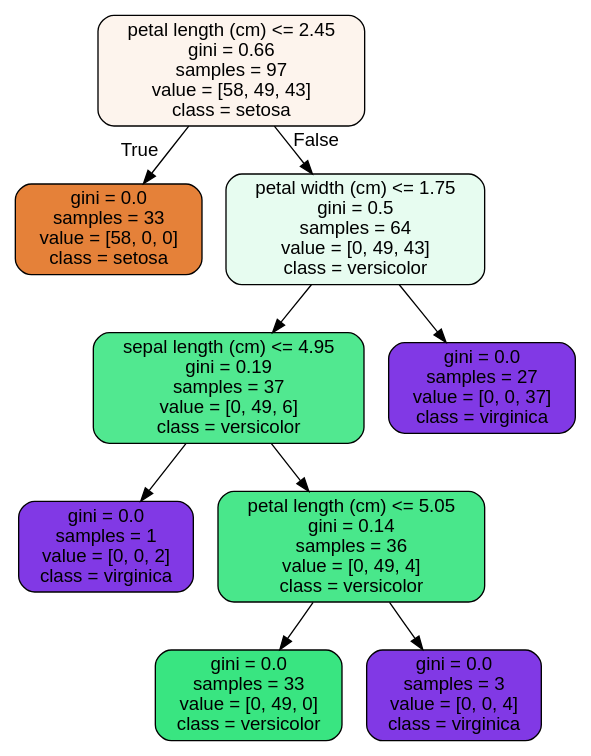
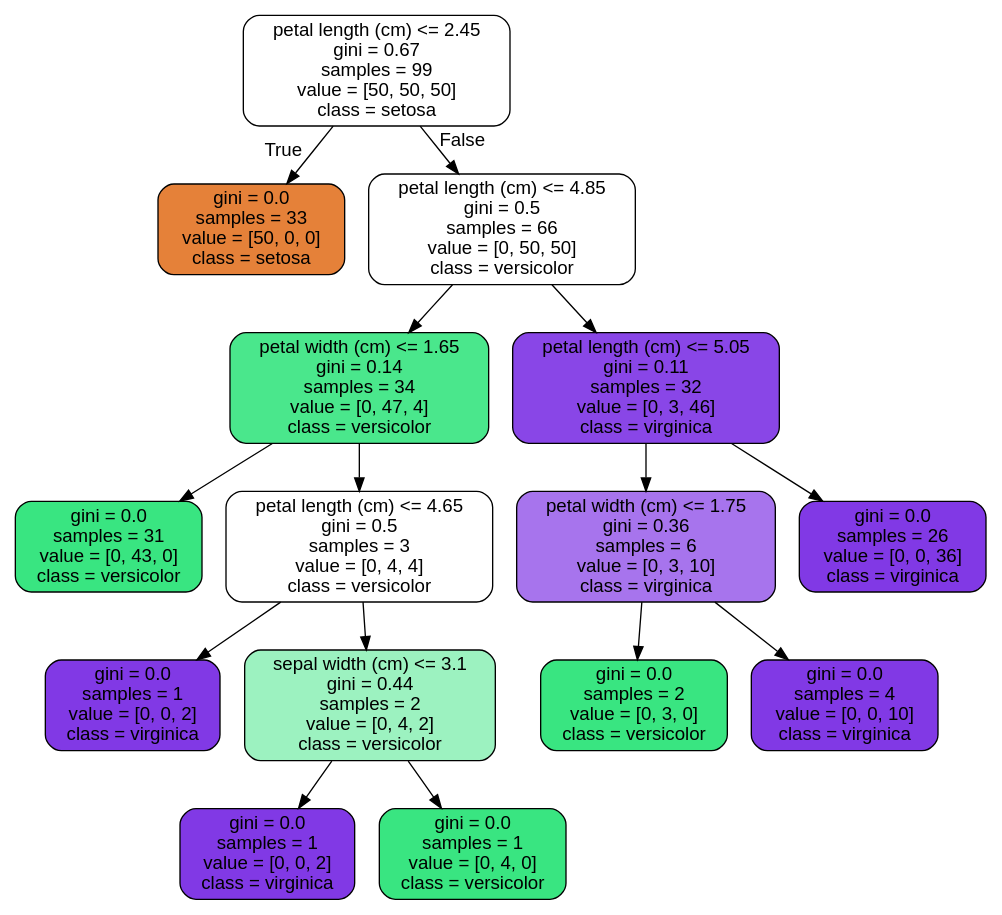
Before and after one commit to Kevin-Kwasnik/case-study--random-forest: the diagram in tree.dot, drawn with Graphviz. The commit also changed 2 other files, not shown here.

```diff
--- a/tree.dot
+++ b/tree.dot
@@ -1,21 +1,33 @@
 digraph Tree {
 node [shape=box, style="filled, rounded", color="black", fontname="helvetica"] ;
 edge [fontname="helvetica"] ;
-0 [label="petal length (cm) <= 2.45\ngini = 0.66\nsamples = 97\nvalue = [58, 49, 43]\nclass = setosa", fillcolor="#fdf4ed"] ;
-1 [label="gini = 0.0\nsamples = 33\nvalue = [58, 0, 0]\nclass = setosa", fillcolor="#e58139"] ;
+0 [label="petal length (cm) <= 2.45\ngini = 0.67\nsamples = 99\nvalue = [50, 50, 50]\nclass = setosa", fillcolor="#ffffff"] ;
+1 [label="gini = 0.0\nsamples = 33\nvalue = [50, 0, 0]\nclass = setosa", fillcolor="#e58139"] ;
 0 -> 1 [labeldistance=2.5, labelangle=45, headlabel="True"] ;
-2 [label="petal width (cm) <= 1.75\ngini = 0.5\nsamples = 64\nvalue = [0, 49, 43]\nclass = versicolor", fillcolor="#e7fcf0"] ;
+2 [label="petal length (cm) <= 4.85\ngini = 0.5\nsamples = 66\nvalue = [0, 50, 50]\nclass = versicolor", fillcolor="#ffffff"] ;
 0 -> 2 [labeldistance=2.5, labelangle=-45, headlabel="False"] ;
-3 [label="sepal length (cm) <= 4.95\ngini = 0.19\nsamples = 37\nvalue = [0, 49, 6]\nclass = versicolor", fillcolor="#51e890"] ;
+3 [label="petal width (cm) <= 1.65\ngini = 0.14\nsamples = 34\nvalue = [0, 47, 4]\nclass = versicolor", fillcolor="#4ae78c"] ;
 2 -> 3 ;
-4 [label="gini = 0.0\nsamples = 1\nvalue = [0, 0, 2]\nclass = virginica", fillcolor="#8139e5"] ;
+4 [label="gini = 0.0\nsamples = 31\nvalue = [0, 43, 0]\nclass = versicolor", fillcolor="#39e581"] ;
 3 -> 4 ;
-5 [label="petal length (cm) <= 5.05\ngini = 0.14\nsamples = 36\nvalue = [0, 49, 4]\nclass = versicolor", fillcolor="#49e78b"] ;
+5 [label="petal length (cm) <= 4.65\ngini = 0.5\nsamples = 3\nvalue = [0, 4, 4]\nclass = versicolor", fillcolor="#ffffff"] ;
 3 -> 5 ;
-6 [label="gini = 0.0\nsamples = 33\nvalue = [0, 49, 0]\nclass = versicolor", fillcolor="#39e581"] ;
+6 [label="gini = 0.0\nsamples = 1\nvalue = [0, 0, 2]\nclass = virginica", fillcolor="#8139e5"] ;
 5 -> 6 ;
-7 [label="gini = 0.0\nsamples = 3\nvalue = [0, 0, 4]\nclass = virginica", fillcolor="#8139e5"] ;
+7 [label="sepal width (cm) <= 3.1\ngini = 0.44\nsamples = 2\nvalue = [0, 4, 2]\nclass = versicolor", fillcolor="#9cf2c0"] ;
 5 -> 7 ;
-8 [label="gini = 0.0\nsamples = 27\nvalue = [0, 0, 37]\nclass = virginica", fillcolor="#8139e5"] ;
-2 -> 8 ;
+8 [label="gini = 0.0\nsamples = 1\nvalue = [0, 0, 2]\nclass = virginica", fillcolor="#8139e5"] ;
+7 -> 8 ;
+9 [label="gini = 0.0\nsamples = 1\nvalue = [0, 4, 0]\nclass = versicolor", fillcolor="#39e581"] ;
+7 -> 9 ;
+10 [label="petal length (cm) <= 5.05\ngini = 0.11\nsamples = 32\nvalue = [0, 3, 46]\nclass = virginica", fillcolor="#8946e7"] ;
+2 -> 10 ;
+11 [label="petal width (cm) <= 1.75\ngini = 0.36\nsamples = 6\nvalue = [0, 3, 10]\nclass = virginica", fillcolor="#a774ed"] ;
+10 -> 11 ;
+12 [label="gini = 0.0\nsamples = 2\nvalue = [0, 3, 0]\nclass = versicolor", fillcolor="#39e581"] ;
+11 -> 12 ;
+13 [label="gini = 0.0\nsamples = 4\nvalue = [0, 0, 10]\nclass = virginica", fillcolor="#8139e5"] ;
+11 -> 13 ;
+14 [label="gini = 0.0\nsamples = 26\nvalue = [0, 0, 36]\nclass = virginica", fillcolor="#8139e5"] ;
+10 -> 14 ;
 }
```
